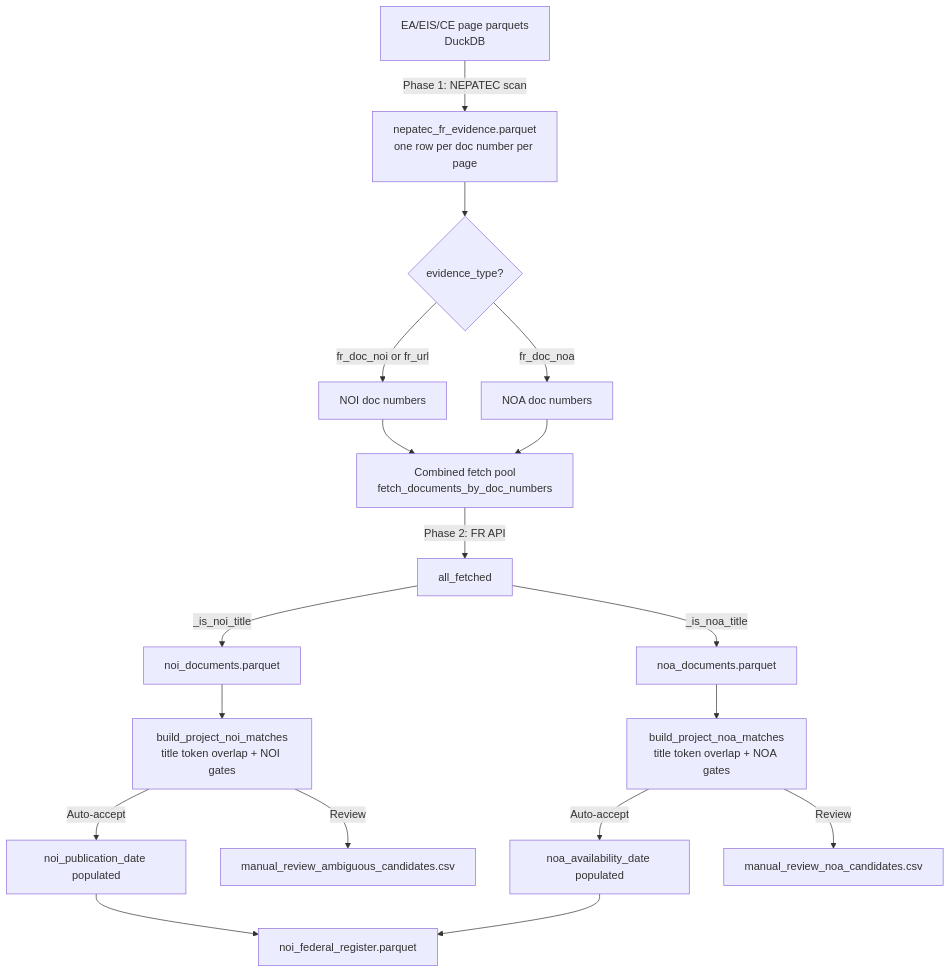
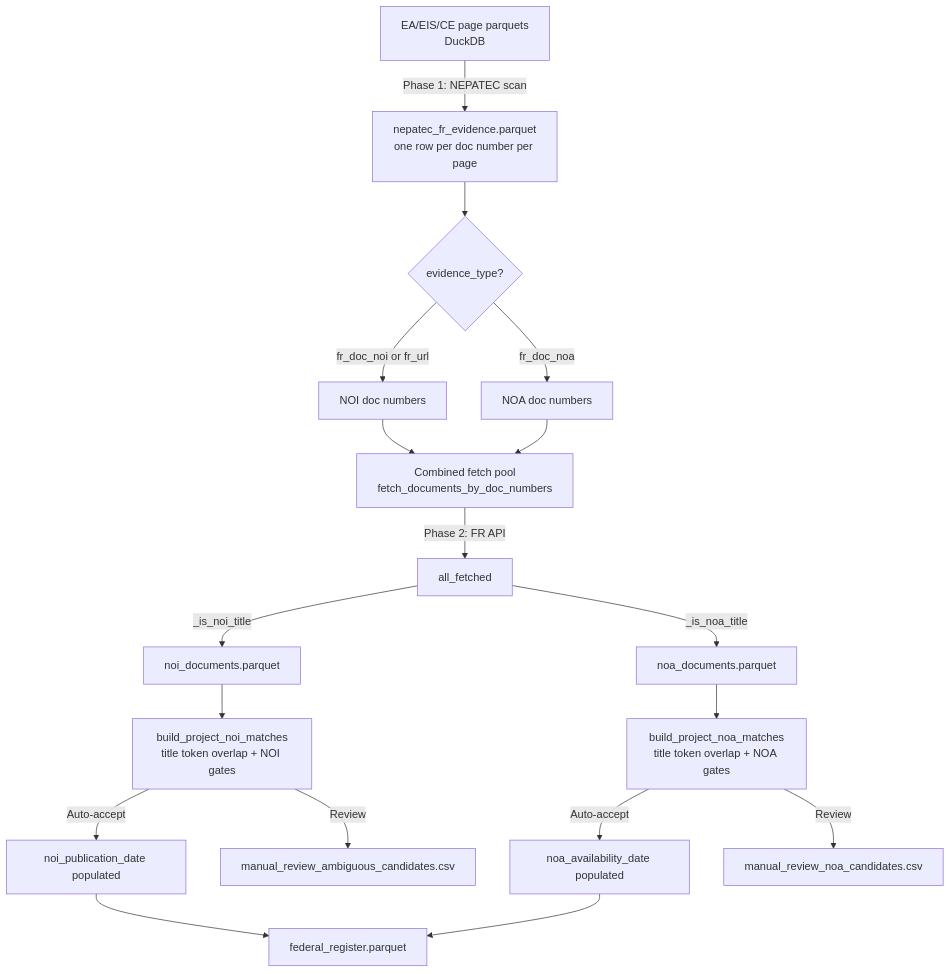
One commit to kaseyzapatka/nepa changed the diagram in phase2/architecture/code/federal_register.md. Above: the diagram before and after it, drawn with Mermaid. The commit also changed other lines of this file and 5 other files, not shown here.

````diff
--- a/phase2/architecture/code/federal_register.md
+++ b/phase2/architecture/code/federal_register.md
@@ -31,18 +31,18 @@
 ```mermaid
 flowchart TD
     A[EA/EIS/CE page parquets\nDuckDB] -->|Phase 1: NEPATEC scan| B[nepatec_fr_evidence.parquet\none row per doc number per page]
     B --> C{evidence_type?}
     C -->|fr_doc_noi or fr_url| D[NOI doc numbers]
     C -->|fr_doc_noa| E[NOA doc numbers]
     D & E --> F[Combined fetch pool\nfetch_documents_by_doc_numbers]
     F -->|Phase 2: FR API| G[all_fetched]
     G -->|_is_noi_title| H[noi_documents.parquet]
     G -->|_is_noa_title| I[noa_documents.parquet]
     H --> J[build_project_noi_matches\ntitle token overlap + NOI gates]
     I --> K[build_project_noa_matches\ntitle token overlap + NOA gates]
     J -->|Auto-accept| L[noi_publication_date populated]
     J -->|Review| M[manual_review_ambiguous_candidates.csv]
     K -->|Auto-accept| N[noa_availability_date populated]
     K -->|Review| O[manual_review_noa_candidates.csv]
-    L & N --> P[noi_federal_register.parquet]
+    L & N --> P[federal_register.parquet]
 ```
````
